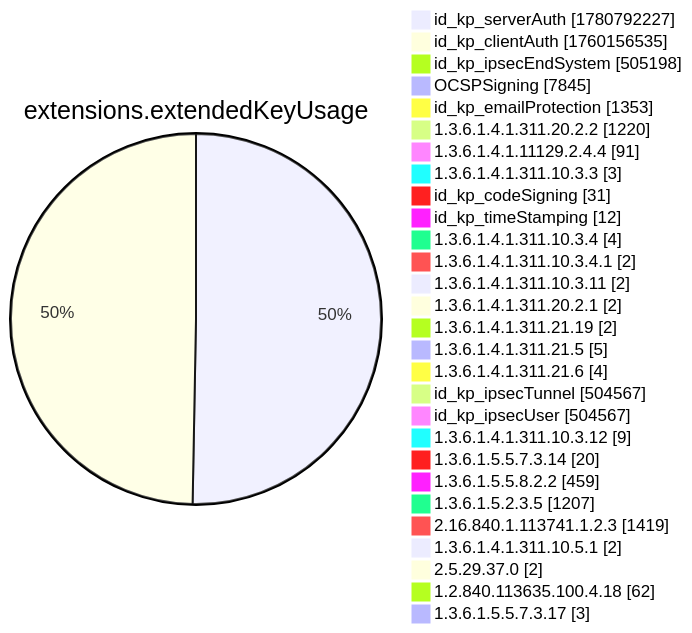
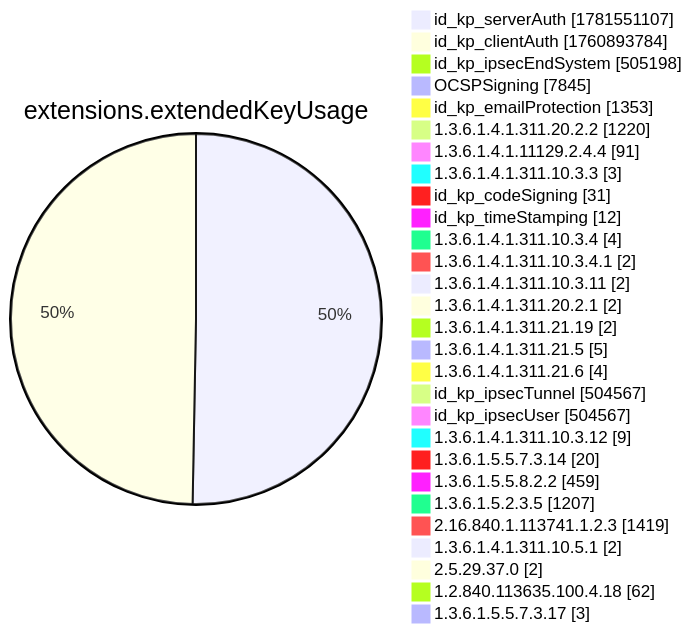
Before and after one commit to christiankrug/ctmonitor_visualization: diagram 12 of 15 in xenon2022/README.md, drawn with Mermaid. The commit also changed other lines of this file, not shown here.

````diff
--- a/xenon2022/README.md
+++ b/xenon2022/README.md
@@ -3894,32 +3894,32 @@
 ```mermaid
 pie showData
 title extensions.extendedKeyUsage
-"id_kp_serverAuth" :1780792227
-"id_kp_clientAuth" :1760156535
+"id_kp_serverAuth" :1781551107
+"id_kp_clientAuth" :1760893784
 "id_kp_ipsecEndSystem" :505198
 "OCSPSigning" :7845
 "id_kp_emailProtection" :1353
 "1.3.6.1.4.1.311.20.2.2" :1220
 "1.3.6.1.4.1.11129.2.4.4" :91
 "1.3.6.1.4.1.311.10.3.3" :3
 "id_kp_codeSigning" :31
 "id_kp_timeStamping" :12
 "1.3.6.1.4.1.311.10.3.4" :4
 "1.3.6.1.4.1.311.10.3.4.1" :2
 "1.3.6.1.4.1.311.10.3.11" :2
 "1.3.6.1.4.1.311.20.2.1" :2
 "1.3.6.1.4.1.311.21.19" :2
 "1.3.6.1.4.1.311.21.5" :5
 "1.3.6.1.4.1.311.21.6" :4
 "id_kp_ipsecTunnel" :504567
 "id_kp_ipsecUser" :504567
 "1.3.6.1.4.1.311.10.3.12" :9
 "1.3.6.1.5.5.7.3.14" :20
 "1.3.6.1.5.5.8.2.2" :459
 "1.3.6.1.5.2.3.5" :1207
 "2.16.840.1.113741.1.2.3" :1419
 "1.3.6.1.4.1.311.10.5.1" :2
 "2.5.29.37.0" :2
 "1.2.840.113635.100.4.18" :62
 "1.3.6.1.5.5.7.3.17" :3
 ```
````
